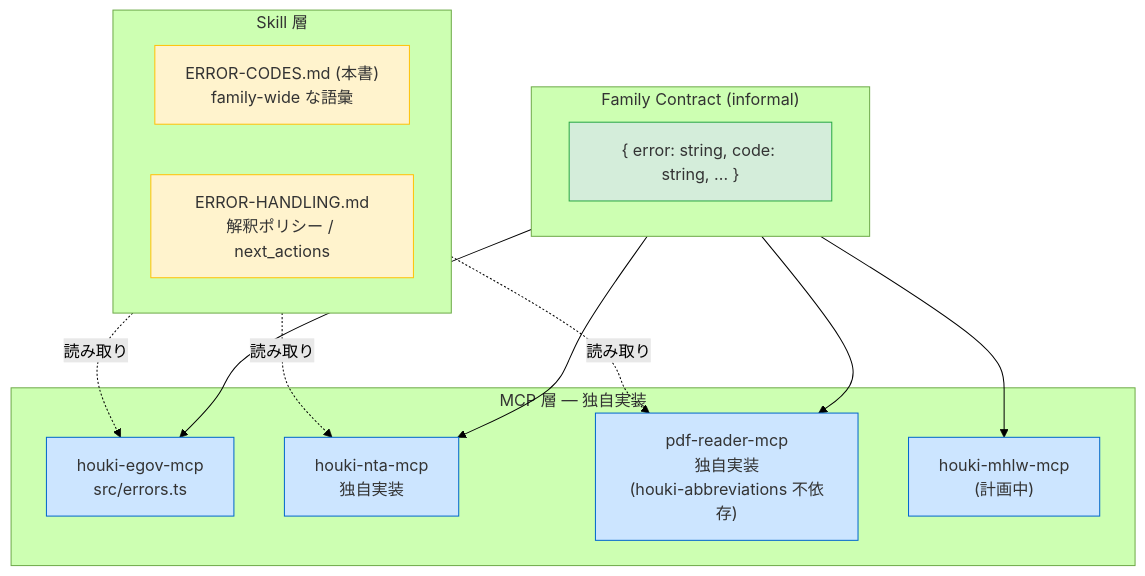
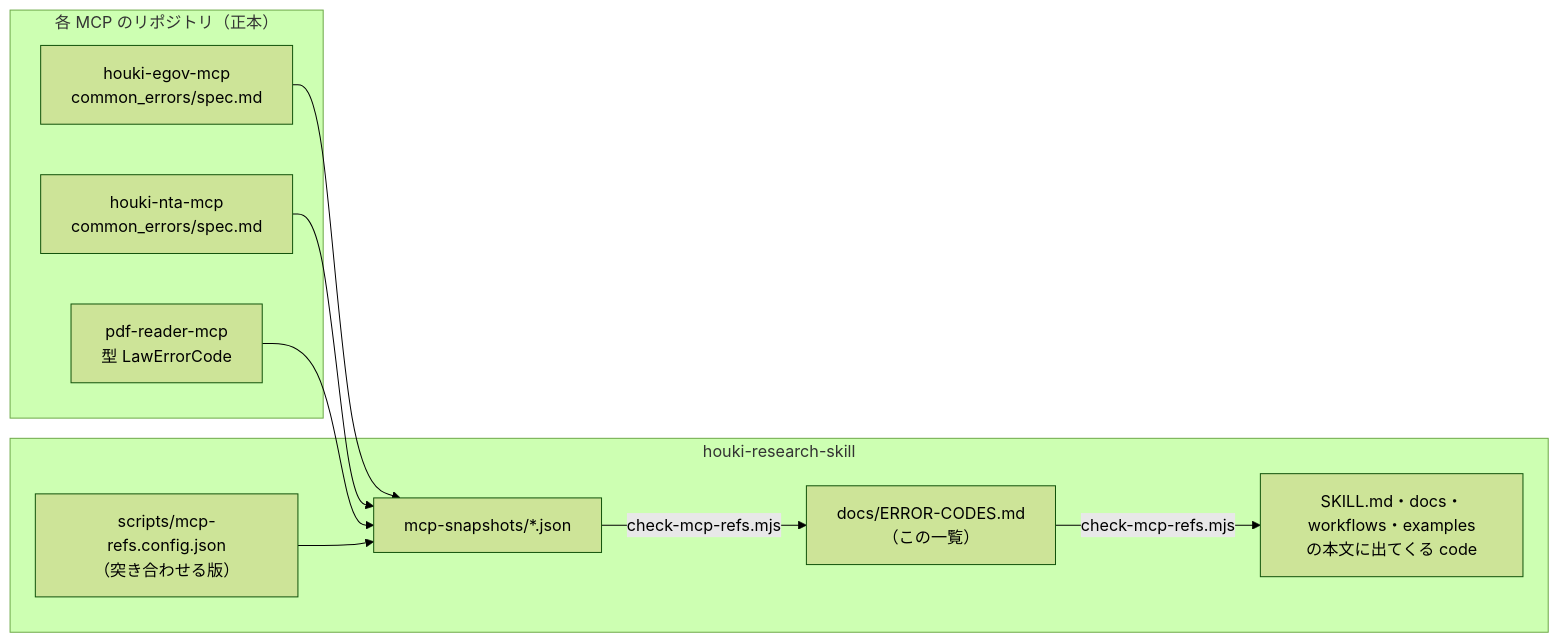
One commit to shuji-bonji/houki-research-skill changed the diagram in skills/houki-research/docs/ERROR-CODES.md. Above: the diagram before and after it, drawn with Mermaid (forest theme). The commit also changed other lines of this file and 19 other files, not shown here.

First line of the commit message:
ci: ツール名・引数名とエラーの code を MCP の実物と突き合わせる検査を足し、ERROR-CODES.md を各 MCP の正本の一覧にする（0.15.0）

````diff
--- a/skills/houki-research/docs/ERROR-CODES.md
+++ b/skills/houki-research/docs/ERROR-CODES.md
@@ -9,33 +21,20 @@
 ```mermaid
-graph TB
-  subgraph s["Skill 層"]
-    s1["ERROR-CODES.md (本書)<br/>family-wide な語彙"]
-    s2["ERROR-HANDLING.md<br/>解釈ポリシー / next_actions"]
+flowchart LR
+  subgraph mcp["各 MCP のリポジトリ（正本）"]
+    e["houki-egov-mcp<br/>common_errors/spec.md"]
+    n["houki-nta-mcp<br/>common_errors/spec.md"]
+    p["pdf-reader-mcp<br/>型 LawErrorCode"]
   end
-
-  subgraph contract["Family Contract (informal)"]
-    c1["{ error: string, code: string, ... }"]
+  subgraph skill["houki-research-skill"]
+    cfg["scripts/mcp-refs.config.json<br/>（突き合わせる版）"]
+    snap["mcp-snapshots/*.json"]
+    doc["docs/ERROR-CODES.md<br/>（この一覧）"]
+    other["SKILL.md・docs・workflows・examples<br/>の本文に出てくる code"]
   end
-
-  subgraph mcps["MCP 層 — 独自実装"]
-    m1["houki-egov-mcp<br/>src/errors.ts"]
-    m2["houki-nta-mcp<br/>独自実装"]
-    m3["pdf-reader-mcp<br/>独自実装<br/>(houki-abbreviations 不依存)"]
-    m4["houki-mhlw-mcp<br/>(計画中)"]
-  end
-
-  contract --> m1
-  contract --> m2
-  contract --> m3
-  contract --> m4
-  s -.読み取り.-> m1
-  s -.読み取り.-> m2
-  s -.読み取り.-> m3
-
-  classDef s fill:#fff3cd,stroke:#ffc107,color:#333
-  classDef m fill:#cce5ff,stroke:#0066cc,color:#333
-  classDef c fill:#d4edda,stroke:#28a745,color:#333
-  class s1,s2 s
-  class m1,m2,m3,m4 m
-  class c1 c
+  e --> snap
+  n --> snap
+  p --> snap
+  cfg --> snap
+  snap -->|"check-mcp-refs.mjs"| doc
+  doc -->|"check-mcp-refs.mjs"| other
 ```
````
